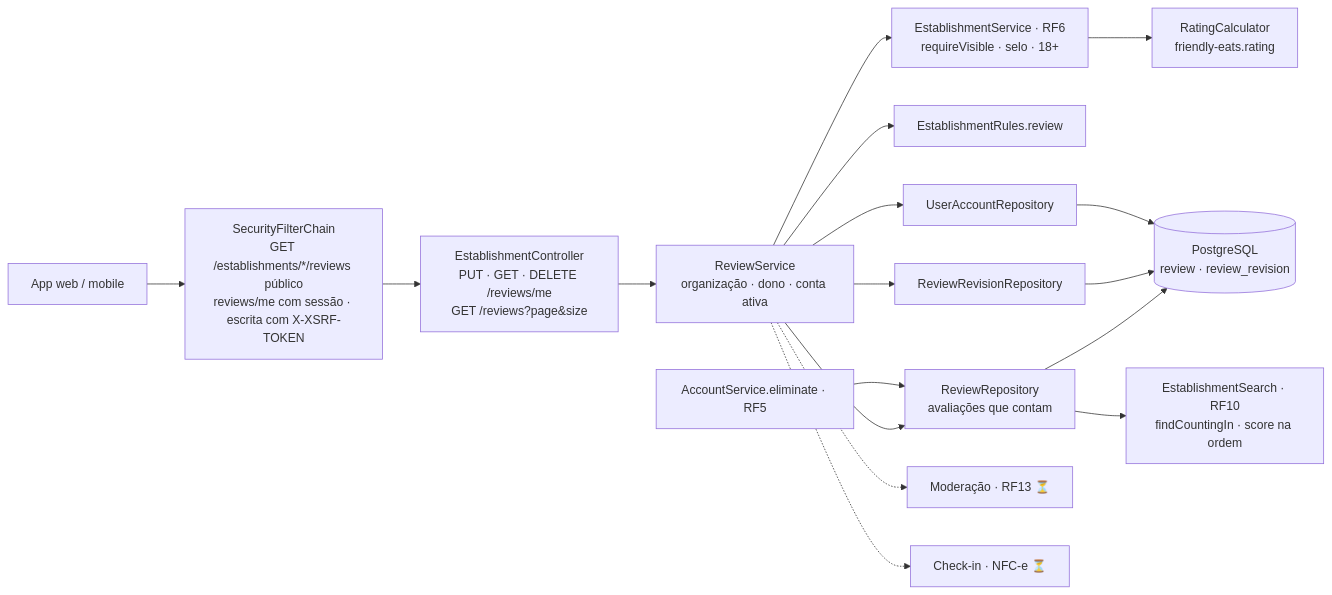
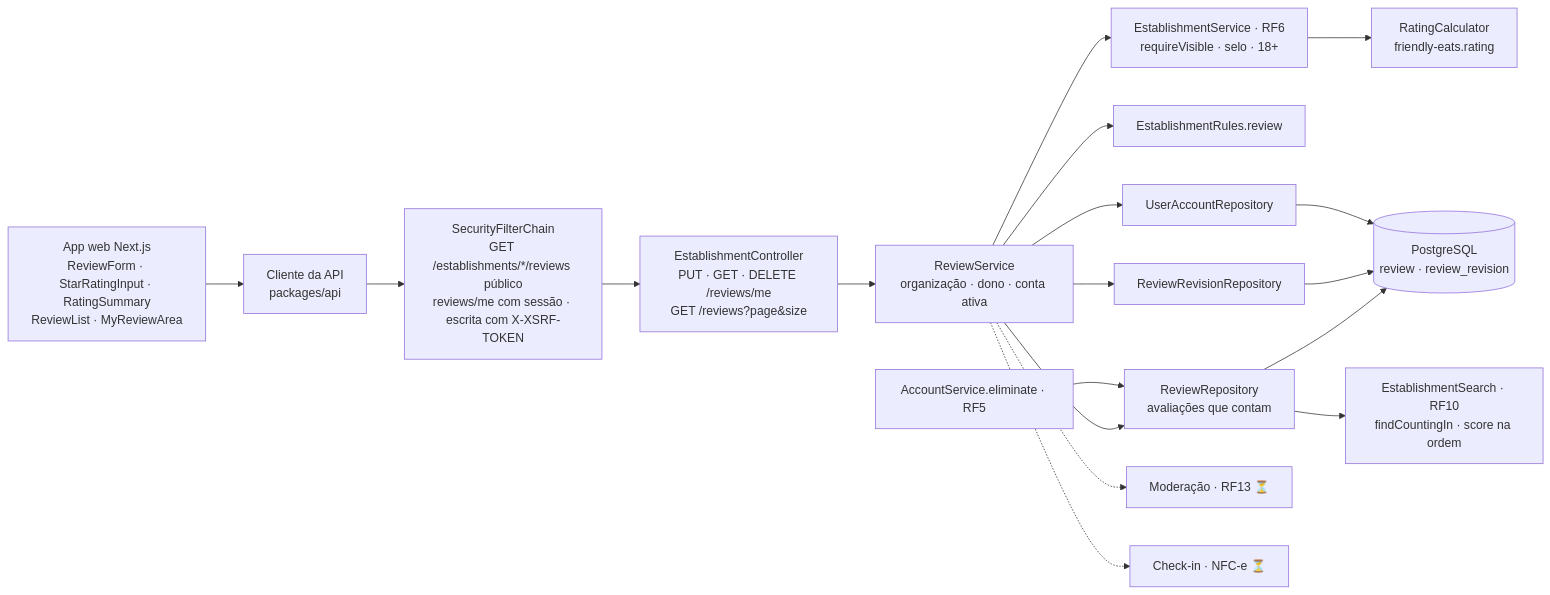
The diagram in docs/RF8/componentes.md (MatheusHaliski/Friendly-Eats), drawn with Mermaid before and after one commit. The commit also changed 127 other files, not shown here.

````diff
--- a/docs/RF8/componentes.md
+++ b/docs/RF8/componentes.md
@@ -3,17 +3,17 @@
 ```mermaid
 flowchart LR
-    APP["App web / mobile"] --> SEC["SecurityFilterChain<br/>GET /establishments/*/reviews público<br/>reviews/me com sessão · escrita com X-XSRF-TOKEN"]
+    WEB["App web Next.js<br/>ReviewForm · StarRatingInput · RatingSummary<br/>ReviewList · MyReviewArea"] --> APP["Cliente da API<br/>packages/api"] --> SEC["SecurityFilterChain<br/>GET /establishments/*/reviews público<br/>reviews/me com sessão · escrita com X-XSRF-TOKEN"]
     SEC --> EC["EstablishmentController<br/>PUT · GET · DELETE /reviews/me<br/>GET /reviews?page&size"]
     EC --> RS["ReviewService<br/>organização · dono · conta ativa"]
     RS --> ES["EstablishmentService · RF6<br/>requireVisible · selo · 18+"]
     RS --> RU["EstablishmentRules.review"]
     RS --> RR["ReviewRepository<br/>avaliações que contam"]
     RS --> RV["ReviewRevisionRepository"]
     RS --> UR["UserAccountRepository"]
     ES --> RC["RatingCalculator<br/>friendly-eats.rating"]
     RR & RV & UR --> PG[("PostgreSQL<br/>review · review_revision")]
     AS["AccountService.eliminate · RF5"] --> RR
     RR --> BUSCA["EstablishmentSearch · RF10<br/>findCountingIn · score na ordem"]
     RS -.-> MOD["Moderação · RF13 ⏳"]
     RS -.-> VER["Check-in · NFC-e ⏳"]
 ```
````
